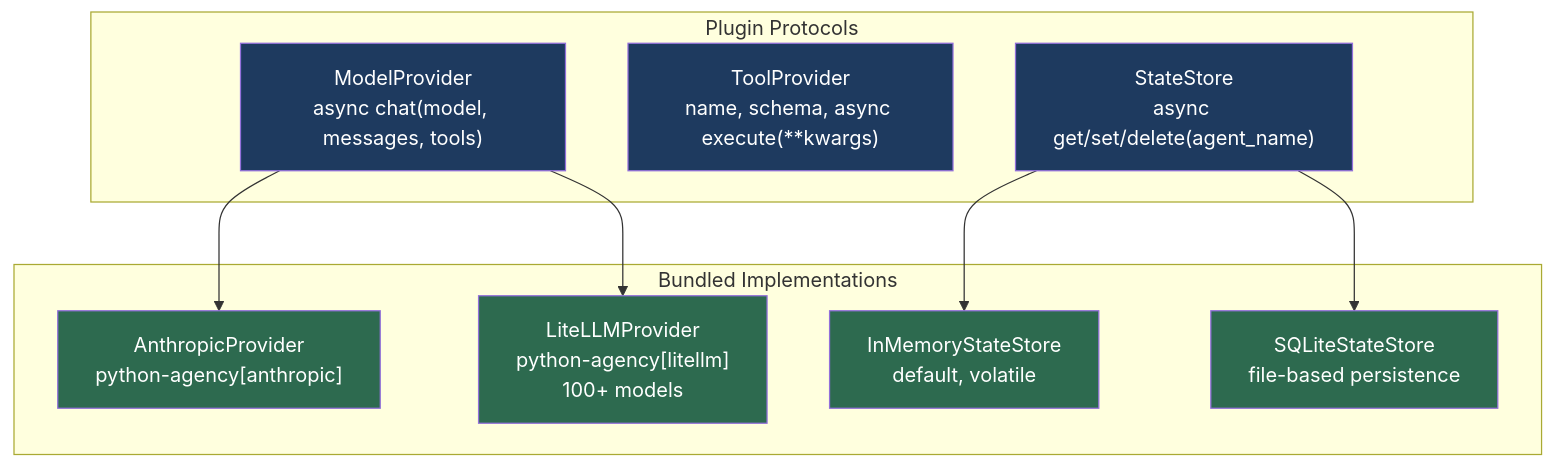
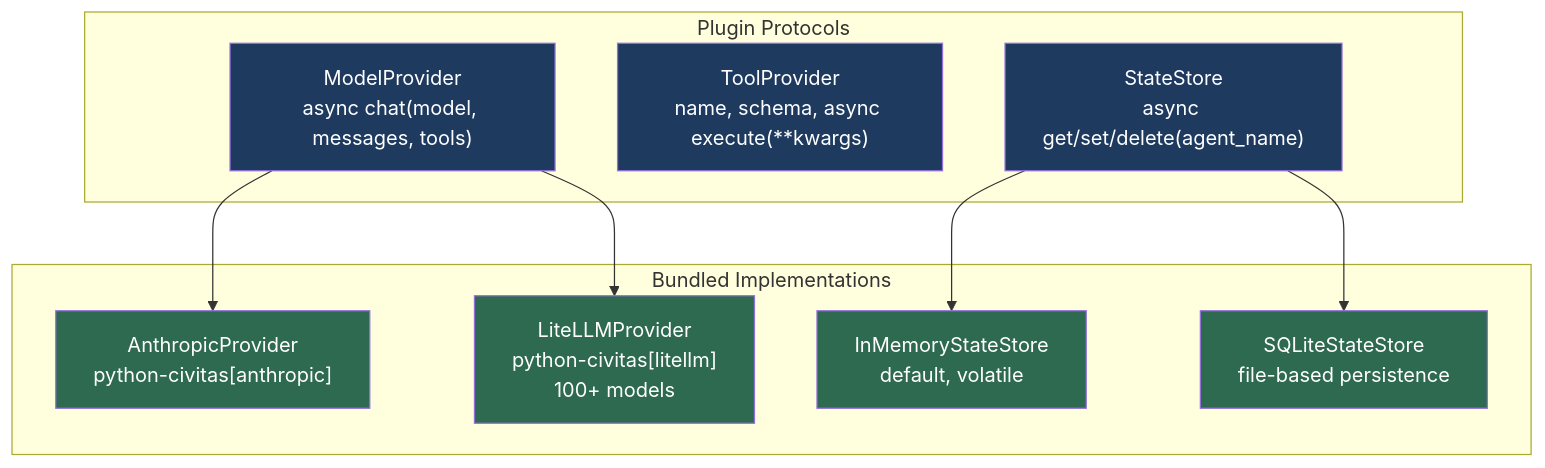
Before and after one commit to jerynmathew/python-civitas: the ninth of 11 diagrams in docs/concepts.md, drawn with Mermaid. The commit also changed other lines of this file and 190 other files, not shown here.

First line of the commit message:
rename: agency → civitas

````diff
--- a/docs/concepts.md
+++ b/docs/concepts.md
@@ -368,28 +368,28 @@
 ```mermaid
 graph TD
     subgraph Protocols["Plugin Protocols"]
         MP["ModelProvider\nasync chat(model, messages, tools)"]
         TP["ToolProvider\nname, schema, async execute(**kwargs)"]
         SS["StateStore\nasync get/set/delete(agent_name)"]
     end
 
     subgraph Implementations["Bundled Implementations"]
-        AP["AnthropicProvider\npython-agency[anthropic]"]
-        LP["LiteLLMProvider\npython-agency[litellm]\n100+ models"]
+        AP["AnthropicProvider\npython-civitas[anthropic]"]
+        LP["LiteLLMProvider\npython-civitas[litellm]\n100+ models"]
         IS["InMemoryStateStore\ndefault, volatile"]
         SQ["SQLiteStateStore\nfile-based persistence"]
     end
 
     MP --> AP
     MP --> LP
     SS --> IS
     SS --> SQ
 
     style MP fill:#1e3a5f,color:#fff
     style TP fill:#1e3a5f,color:#fff
     style SS fill:#1e3a5f,color:#fff
     style AP fill:#2d6a4f,color:#fff
     style LP fill:#2d6a4f,color:#fff
     style IS fill:#2d6a4f,color:#fff
     style SQ fill:#2d6a4f,color:#fff
 ```
````
